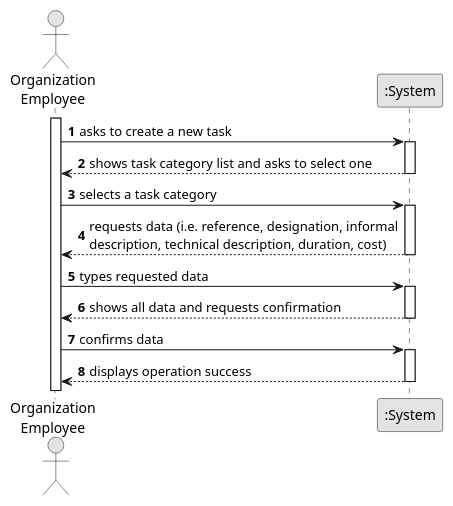
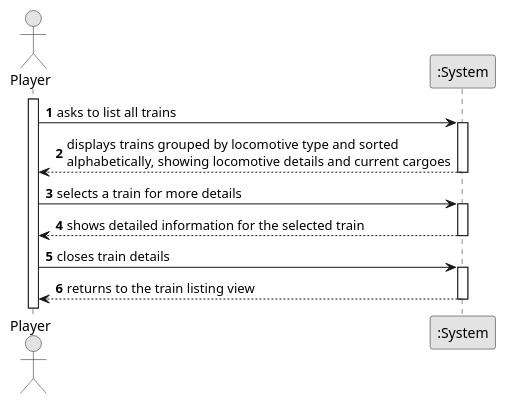
The diagram in docs/system-documentation/US011/01.requirements-engineering/puml/US011-SSD.puml (1240826/empire-on-tracks), drawn with PlantUML before and after one commit. The commit also changed 4 other files, not shown here.

```diff
--- a/docs/system-documentation/US011/01.requirements-engineering/puml/US011-SSD.puml
+++ b/docs/system-documentation/US011/01.requirements-engineering/puml/US011-SSD.puml
@@ -1,36 +1,30 @@
 @startuml
 skinparam monochrome true
 skinparam packageStyle rectangle
 skinparam shadowing false
 
 autonumber
 
-actor "Organization\nEmployee" as Employee
+actor "Player" as Player
 participant ":System" as System
 
-activate Employee
+activate Player
 
-    Employee -> System : asks to create a new task
+    Player -> System : asks to list all trains
     activate System
 
-        System --> Employee : shows task category list and asks to select one
+        System --> Player : displays trains grouped by locomotive type and sorted\nalphabetically, showing locomotive details and current cargoes
     deactivate System
 
-    Employee -> System : selects a task category
+    Player -> System : selects a train for more details
     activate System
 
-        System --> Employee : requests data (i.e. reference, designation, informal\ndescription, technical description, duration, cost)
+        System --> Player : shows detailed information for the selected train
     deactivate System
 
-    Employee -> System : types requested data
+    Player -> System : closes train details
     activate System
 
-        System --> Employee : shows all data and requests confirmation
-    deactivate System
-
-    Employee -> System : confirms data
-    activate System
-
-        System --> Employee : displays operation success
+        System --> Player : returns to the train listing view
     deactivate System
 @enduml
```
